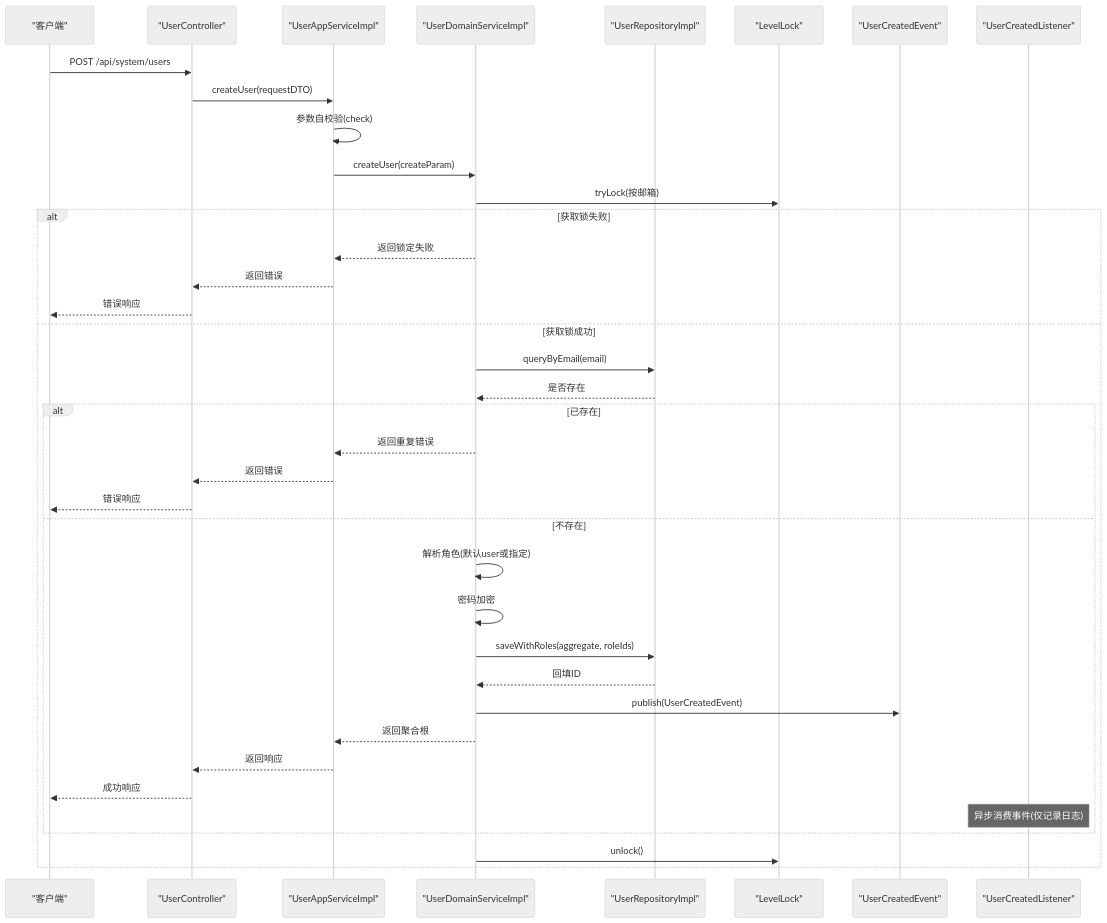
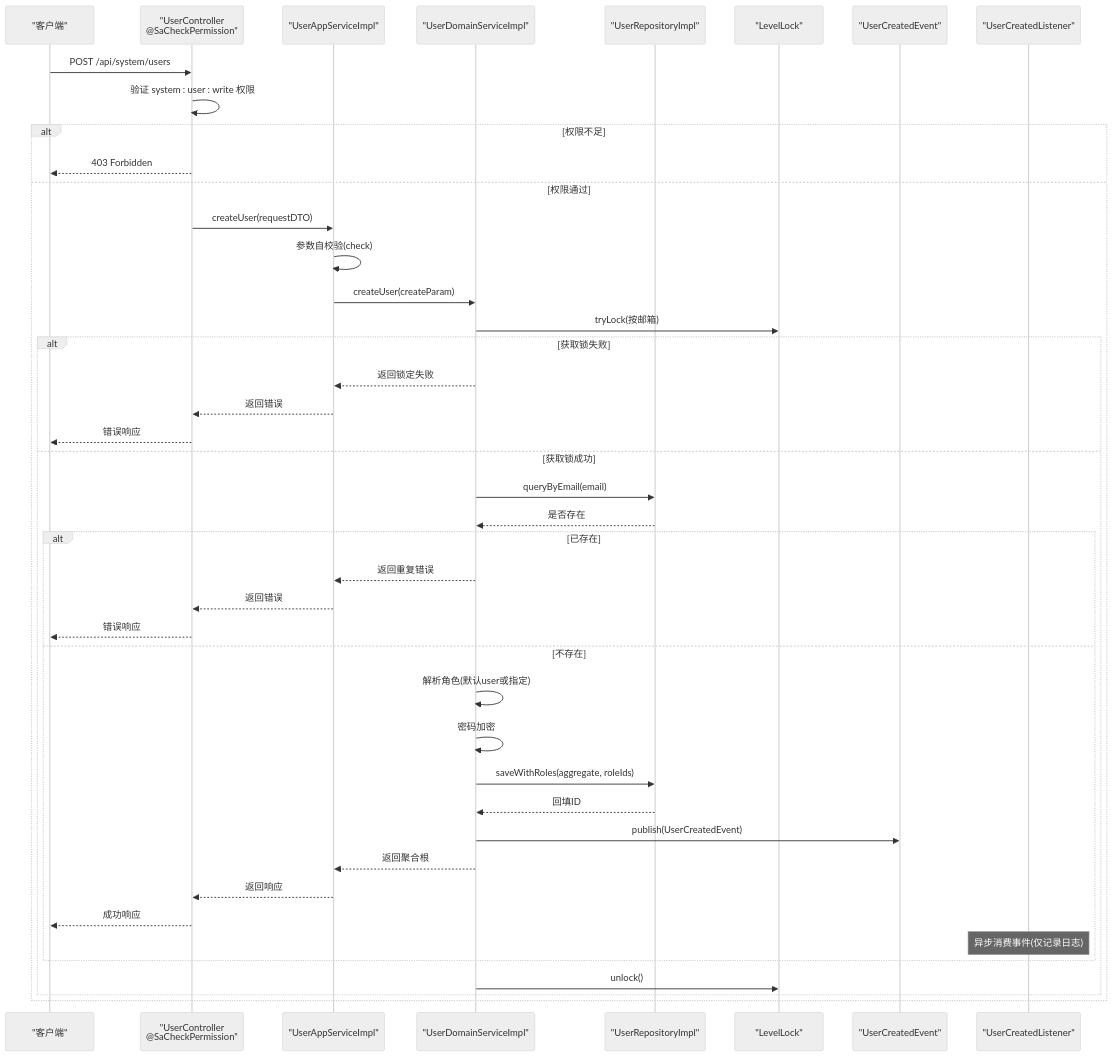
One commit to sunnaoxixi/spring-ddd-template changed the second of 10 diagrams in .qoder/repowiki/zh/content/核心业务模块/用户管理模块.md. Above: the diagram before and after it, drawn with Mermaid (neutral theme). The commit also changed other lines of this file and 91 other files, not shown here.

````diff
--- a/.qoder/repowiki/zh/content/核心业务模块/用户管理模块.md
+++ b/.qoder/repowiki/zh/content/核心业务模块/用户管理模块.md
@@ -118,40 +132,45 @@
 ```mermaid
 sequenceDiagram
 participant Client as "客户端"
-participant Controller as "UserController"
+participant Controller as "UserController<br/>@SaCheckPermission"
 participant App as "UserAppServiceImpl"
 participant Domain as "UserDomainServiceImpl"
 participant Repo as "UserRepositoryImpl"
 participant Lock as "LevelLock"
 participant Event as "UserCreatedEvent"
 participant Listener as "UserCreatedListener"
 Client->>Controller : POST /api/system/users
+Controller->>Controller : 验证 system : user : write 权限
+alt 权限不足
+Controller-->>Client : 403 Forbidden
+else 权限通过
 Controller->>App : createUser(requestDTO)
 App->>App : 参数自校验(check)
 App->>Domain : createUser(createParam)
 Domain->>Lock : tryLock(按邮箱)
 alt 获取锁失败
 Domain-->>App : 返回锁定失败
 App-->>Controller : 返回错误
 Controller-->>Client : 错误响应
 else 获取锁成功
 Domain->>Repo : queryByEmail(email)
 Repo-->>Domain : 是否存在
 alt 已存在
 Domain-->>App : 返回重复错误
 App-->>Controller : 返回错误
 Controller-->>Client : 错误响应
 else 不存在
 Domain->>Domain : 解析角色(默认user或指定)
 Domain->>Domain : 密码加密
 Domain->>Repo : saveWithRoles(aggregate, roleIds)
 Repo-->>Domain : 回填ID
 Domain->>Event : publish(UserCreatedEvent)
 Domain-->>App : 返回聚合根
 App-->>Controller : 返回响应
 Controller-->>Client : 成功响应
 Note over Listener : 异步消费事件(仅记录日志)
 end
 Domain->>Lock : unlock()
 end
+end
 ```
````
